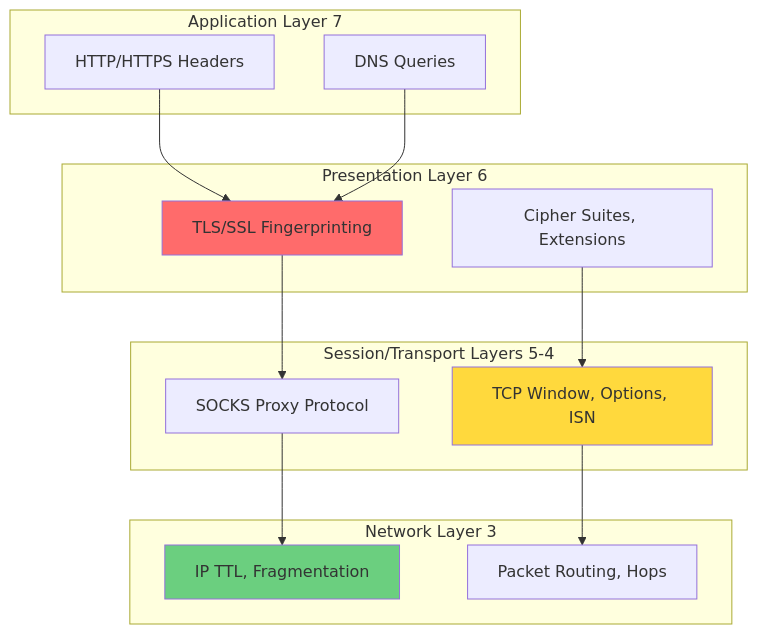
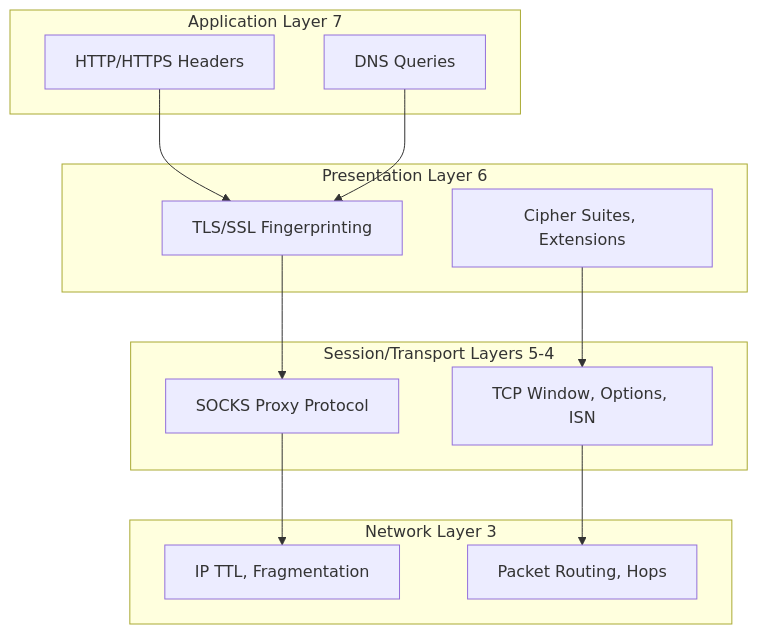
The diagram in docs/en/deep-dive/network/index.md (yie1d/pydoll), drawn with Mermaid before and after one commit. The commit also changed other lines of this file and 159 other files, not shown here.

````diff
--- a/docs/en/deep-dive/network/index.md
+++ b/docs/en/deep-dive/network/index.md
@@ -28,33 +28,29 @@
 ```mermaid
 graph TB
     subgraph "Application Layer 7"
         HTTP[HTTP/HTTPS Headers]
         DNS[DNS Queries]
     end
     
     subgraph "Presentation Layer 6"
         TLS[TLS/SSL Fingerprinting]
         Ciphers[Cipher Suites, Extensions]
     end
     
     subgraph "Session/Transport Layers 5-4"
         SOCKS[SOCKS Proxy Protocol]
         TCP[TCP Window, Options, ISN]
     end
     
     subgraph "Network Layer 3"
         IP[IP TTL, Fragmentation]
         Routing[Packet Routing, Hops]
     end
     
     HTTP --> TLS
     DNS --> TLS
     TLS --> SOCKS
     Ciphers --> TCP
     SOCKS --> IP
     TCP --> Routing
-    
-    style TLS fill:#ff6b6b
-    style TCP fill:#ffd93d
-    style IP fill:#6bcf7f
 ```
````
